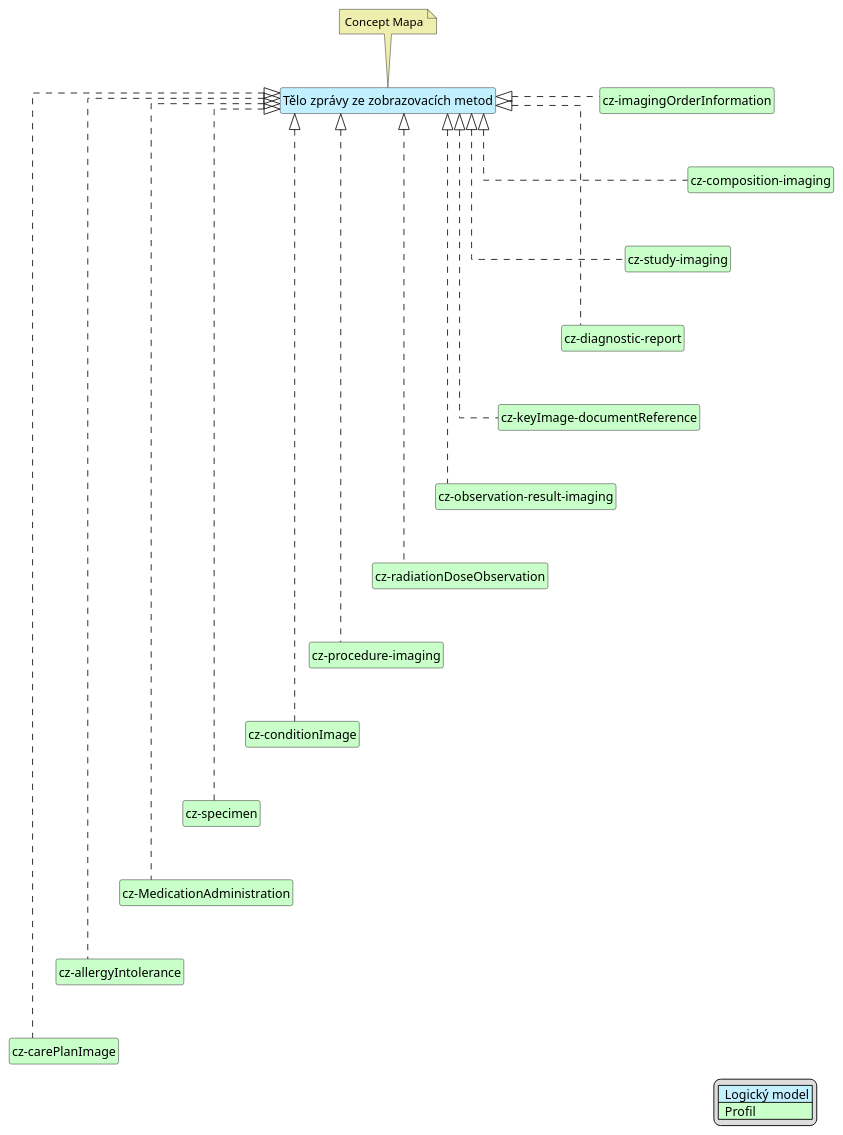
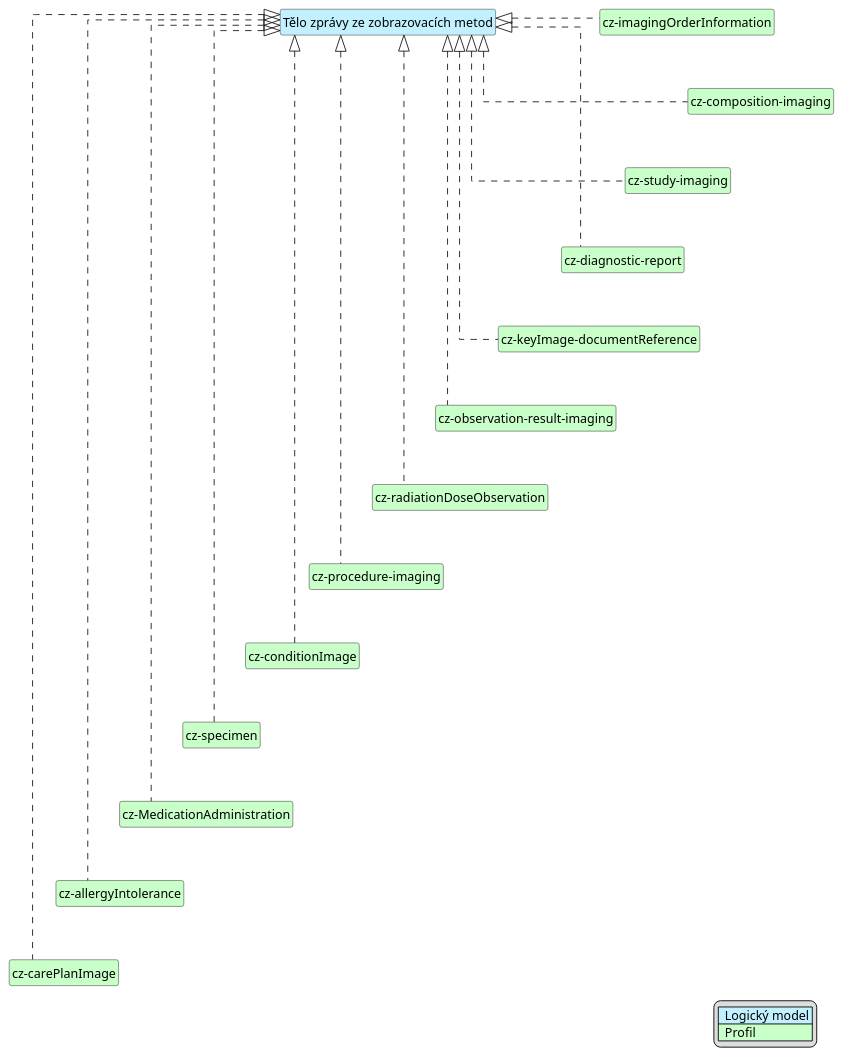
One commit to HL7-cz/img changed the diagram in input/images-source/imgReportBody-map-cs.plantuml. Above: the diagram before and after it, drawn with PlantUML. The commit also changed 20 other files, not shown here.

Commit message:
delete concept maps and correction of diagnostic report according to change in eu standard

```diff
--- a/input/images-source/imgReportBody-map-cs.plantuml
+++ b/input/images-source/imgReportBody-map-cs.plantuml
@@ -1,61 +1,58 @@
 @startuml
 hide circle
 hide stereotype
 hide members
 hide methods
 skinparam linetype ortho
 skinparam class {
 BackgroundColor<<LogicalModel>> #APPLICATION
 BackgroundColor<<Profile>> #TECHNOLOGY
 }
 legend right
 | <#APPLICATION>  Logický model |
 | <#TECHNOLOGY>  Profil |
 endlegend
 class "Tělo zprávy ze zobrazovacích metod" <<LogicalModel>> [[StructureDefinition-BodyImagingReportCz.html]]
-note top #EEEEAE [[ConceptMap-BodyImagingReport2FHIR-cz.html]]
-Concept Mapa
-endnote
 
 class "cz-composition-imaging" <<Profile>> [[StructureDefinition-cz-composition-imaging.html]]
 class "cz-imagingOrderInformation" <<Profile>> [[StructureDefinition-cz-imagingOrderInformation.html]]
 class "cz-conditionImage" <<Profile>> [[StructureDefinition-cz-conditionImage.html]]
 class "cz-study-imaging" <<Profile>> [[StructureDefinition-cz-study-imaging.html]]
 class "cz-procedure-imaging" <<Profile>> [[StructureDefinition-cz-procedure-imaging.html]]
 class "cz-diagnostic-report" <<Profile>> [[StructureDefinition-cz-diagnostic-report.html]]
 class "cz-keyImage-documentReference" <<Profile>> [[StructureDefinition-cz-keyImage-documentReference.html]]
 class "cz-observation-result-imaging" <<Profile>> [[StructureDefinition-cz-observation-result-imaging.html]]
 class "cz-radiationDoseObservation" <<Profile>> [[StructureDefinition-cz-radiationDoseObservation.html]]
 class "cz-specimen" <<Profile>> [[https://build.fhir.org/ig/HL7-cz/cz-core/StructureDefinition-cz-specimen.html]]
 class "cz-MedicationAdministration" <<Profile>> [[StructureDefinition-cz-MedicationAdministration.html]]
 class "cz-allergyIntolerance" <<Profile>> [[https://build.fhir.org/ig/HL7-cz/cz-core/StructureDefinition-cz-allergyIntolerance.html]]
 class "cz-carePlanImage" <<Profile>> [[StructureDefinition-cz-carePlanImage.html]]
 
 "Tělo zprávy ze zobrazovacích metod" <|. "cz-imagingOrderInformation"
 "Tělo zprávy ze zobrazovacích metod" <|. "cz-composition-imaging"
 "Tělo zprávy ze zobrazovacích metod" <|. "cz-study-imaging"
 "Tělo zprávy ze zobrazovacích metod" <|. "cz-procedure-imaging"
 "Tělo zprávy ze zobrazovacích metod" <|. "cz-diagnostic-report"
 "Tělo zprávy ze zobrazovacích metod" <|. "cz-keyImage-documentReference"
 "Tělo zprávy ze zobrazovacích metod" <|. "cz-observation-result-imaging"
 "Tělo zprávy ze zobrazovacích metod" <|. "cz-radiationDoseObservation"
 "Tělo zprávy ze zobrazovacích metod" <|. "cz-conditionImage"
 "Tělo zprávy ze zobrazovacích metod" <|. "cz-specimen"
 "Tělo zprávy ze zobrazovacích metod" <|. "cz-MedicationAdministration"
 "Tělo zprávy ze zobrazovacích metod" <|. "cz-allergyIntolerance"
 "Tělo zprávy ze zobrazovacích metod" <|. "cz-carePlanImage"
 
 "cz-imagingOrderInformation" -d[hidden]-> "cz-composition-imaging"
 "cz-composition-imaging" -d[hidden]-> "cz-study-imaging"
 "cz-study-imaging" -d[hidden]-> "cz-diagnostic-report"
 "cz-diagnostic-report" -d[hidden]-> "cz-keyImage-documentReference"
 "cz-keyImage-documentReference" -d[hidden]-> "cz-observation-result-imaging"
 "cz-observation-result-imaging" -d[hidden]-> "cz-radiationDoseObservation"
 "cz-radiationDoseObservation" -d[hidden]-> "cz-procedure-imaging"
 "cz-procedure-imaging" -d[hidden]-> "cz-conditionImage"
 "cz-conditionImage" -d[hidden]-> "cz-specimen"
 "cz-specimen" -d[hidden]-> "cz-MedicationAdministration"
 "cz-MedicationAdministration" -d[hidden]-> "cz-allergyIntolerance"
 "cz-allergyIntolerance" -d[hidden]-> "cz-carePlanImage"
 
 @enduml
```
